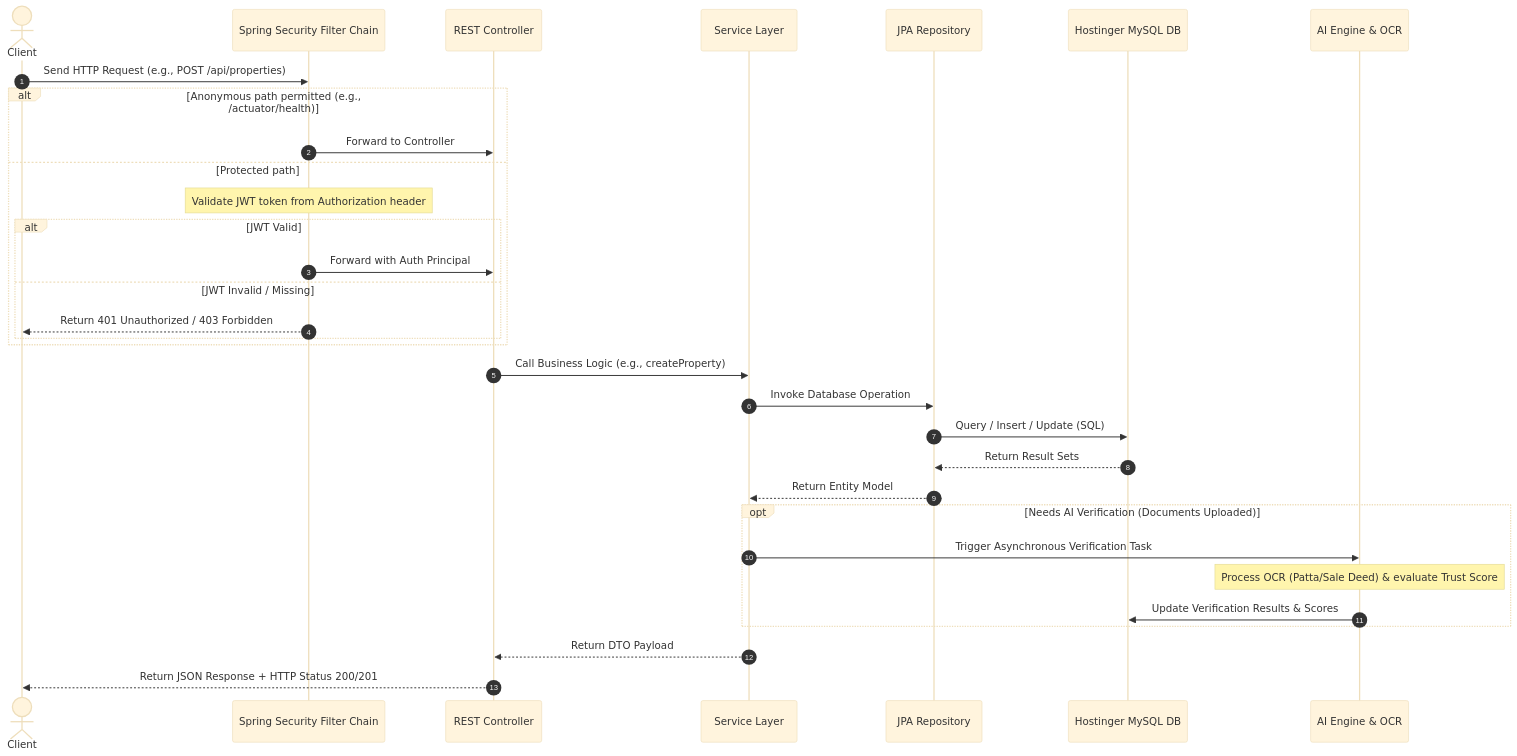
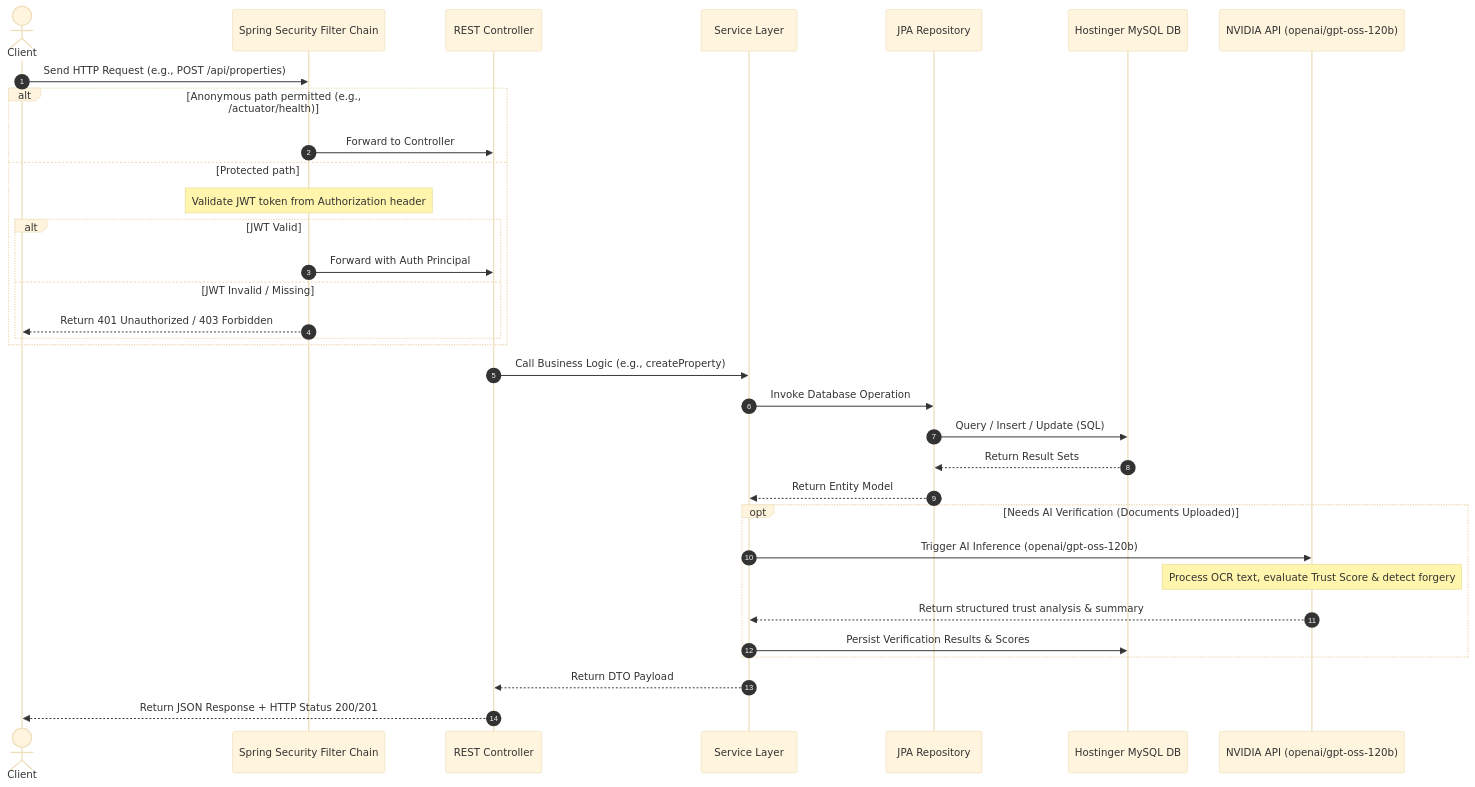
One commit to pavanstarkin-tech/LandLens changed the fourth of 8 diagrams in README.md. Above: the diagram before and after it, drawn with Mermaid (base theme). The commit also changed other lines of this file, not shown here.

Commit message:
docs: update Mermaid architecture and sequence diagrams to explicitly feature NVIDIA API openai/gpt-oss-120b

````diff
--- a/README.md
+++ b/README.md
@@ -431,38 +431,39 @@
 ```mermaid
 sequenceDiagram
     autonumber
     actor Client
     participant Security as Spring Security Filter Chain
     participant Controller as REST Controller
     participant Service as Service Layer
     participant Repos as JPA Repository
     participant DB as Hostinger MySQL DB
-    participant AI as AI Engine & OCR
+    participant AI as NVIDIA API (openai/gpt-oss-120b)
 
     Client->>Security: Send HTTP Request (e.g., POST /api/properties)
     alt Anonymous path permitted (e.g., /actuator/health)
         Security->>Controller: Forward to Controller
     else Protected path
         Note over Security: Validate JWT token from Authorization header
         alt JWT Valid
             Security->>Controller: Forward with Auth Principal
         else JWT Invalid / Missing
             Security-->>Client: Return 401 Unauthorized / 403 Forbidden
         end
     end
 
     Controller->>Service: Call Business Logic (e.g., createProperty)
     Service->>Repos: Invoke Database Operation
     Repos->>DB: Query / Insert / Update (SQL)
     DB-->>Repos: Return Result Sets
     Repos-->>Service: Return Entity Model
 
     opt Needs AI Verification (Documents Uploaded)
-        Service->>AI: Trigger Asynchronous Verification Task
-        Note over AI: Process OCR (Patta/Sale Deed) & evaluate Trust Score
-        AI->>DB: Update Verification Results & Scores
+        Service->>AI: Trigger AI Inference (openai/gpt-oss-120b)
+        Note over AI: Process OCR text, evaluate Trust Score & detect forgery
+        AI-->>Service: Return structured trust analysis & summary
+        Service->>DB: Persist Verification Results & Scores
     end
 
     Service-->>Controller: Return DTO Payload
     Controller-->>Client: Return JSON Response + HTTP Status 200/201
 ```
````
